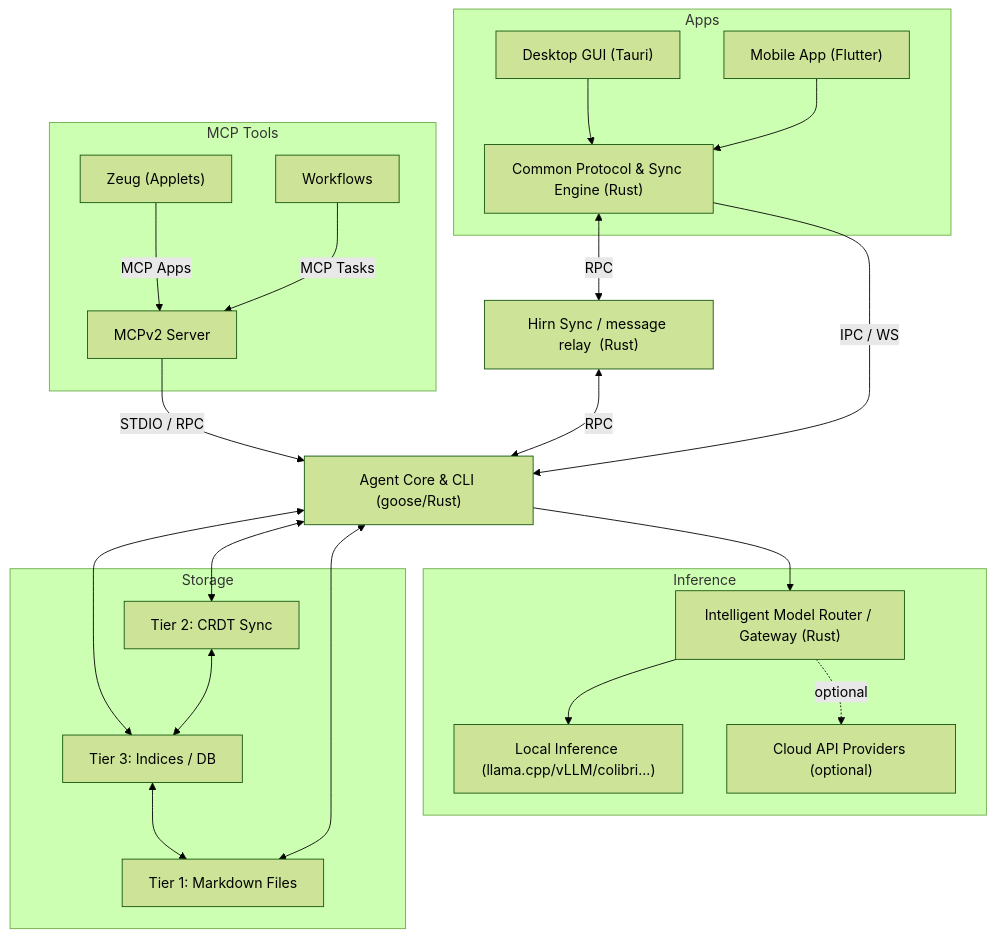
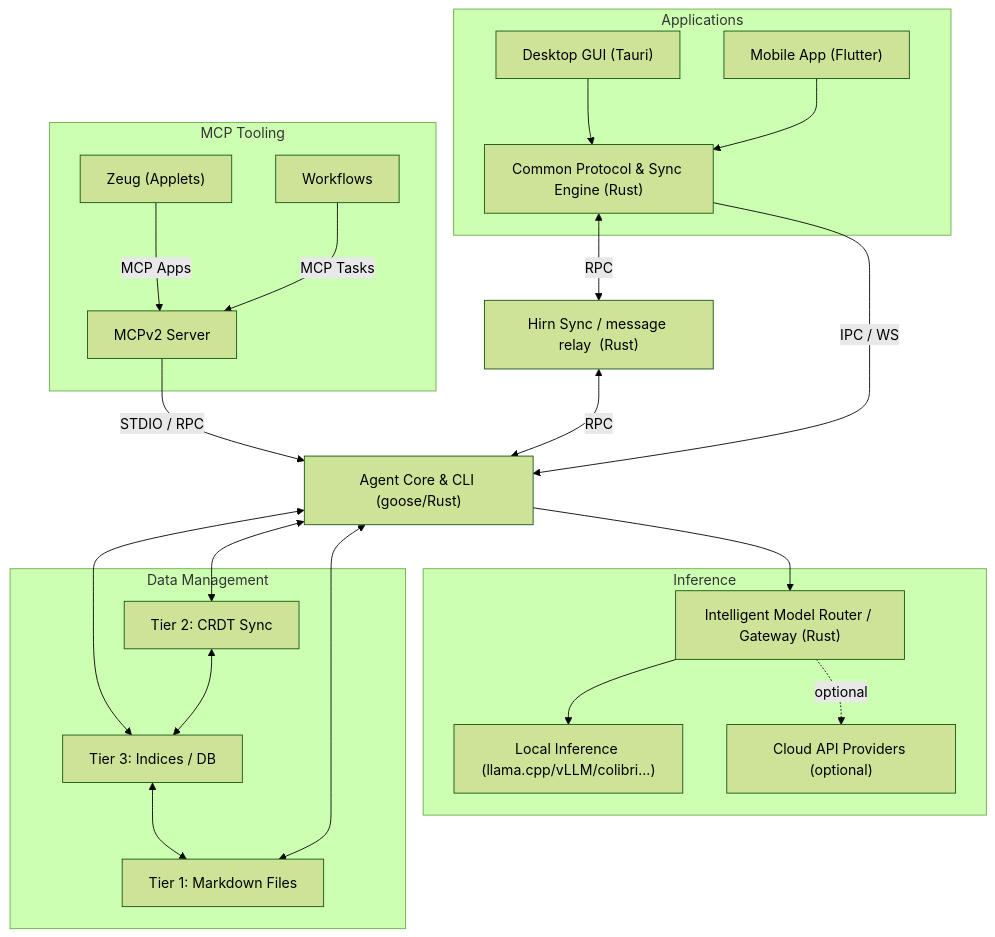
Before and after one commit to hirnlabs/hirn: the diagram in README.md, drawn with Mermaid (forest theme). The commit also changed other lines of this file, not shown here.

````diff
--- a/README.md
+++ b/README.md
@@ -121,49 +121,49 @@
 ```mermaid
 flowchart TD
-    subgraph Apps ["Apps"]
+    subgraph Apps ["Applications"]
         Desktop["Desktop GUI (Tauri)"]
         Mobile["Mobile App (Flutter)"]
         SyncEngine["Common Protocol & Sync Engine (Rust)"]
 
         Desktop --> SyncEngine
         Mobile --> SyncEngine
     end
 
-    subgraph MCP ["MCP Tools"]
+    subgraph MCP ["MCP Tooling"]
         Zeug["Zeug (Applets)"] -- "MCP Apps" --> MCPServer["MCPv2 Server"]
         Workflows["Workflows"] -- "MCP Tasks" --> MCPServer
     end
 
     SyncEngine -- "RPC" <--> Cloud["Hirn Sync / message relay  (Rust)"]
 
     SyncEngine -- "IPC / WS" --> Core["Agent Core & CLI (goose/Rust)"]
     MCPServer -- "STDIO / RPC" --> Core
 
     Cloud  -- "RPC" <--> Core
 
     
 
-    subgraph Data ["Storage"]
+    subgraph Data ["Data Management"]
         T2["Tier 2: CRDT Sync"]
         T3["Tier 3: Indices / DB"]
         T1["Tier 1: Markdown Files"]
 
         T2 <--> T3
         T3 <--> T1
     end
 
 
     subgraph Inference ["Inference"]
         Router["Intelligent Model Router / Gateway (Rust)"]
         LLMs["Local Inference (llama.cpp/vLLM/colibri...)"]
         CloudLLMs["Cloud API Providers (optional)"]
 
         Router --> LLMs
         Router -. "optional" .-> CloudLLMs
     end
 
     Core <--> T3
     Core <--> T2
     Core <--> T1
     Core --> Router
 ```
````
